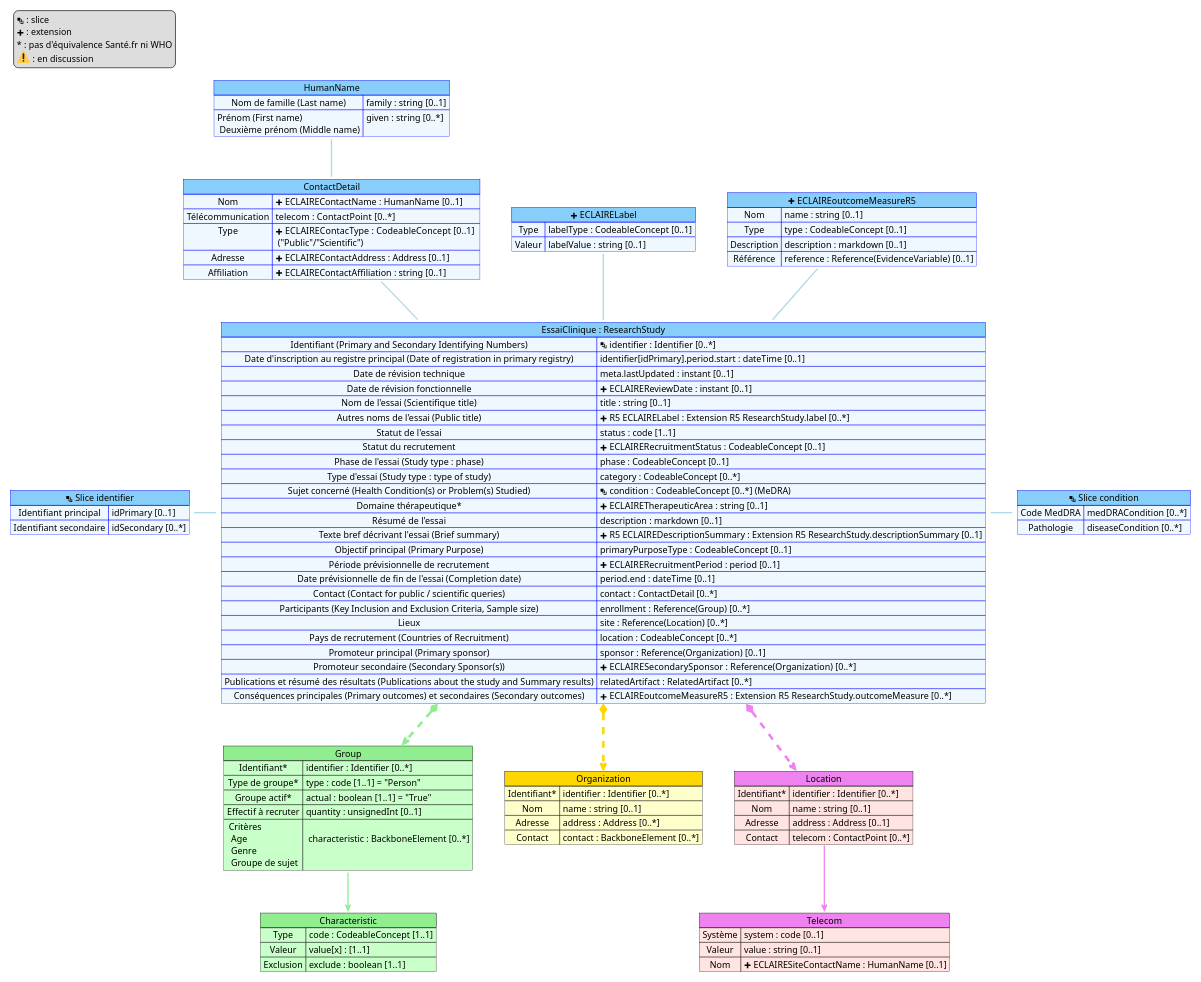
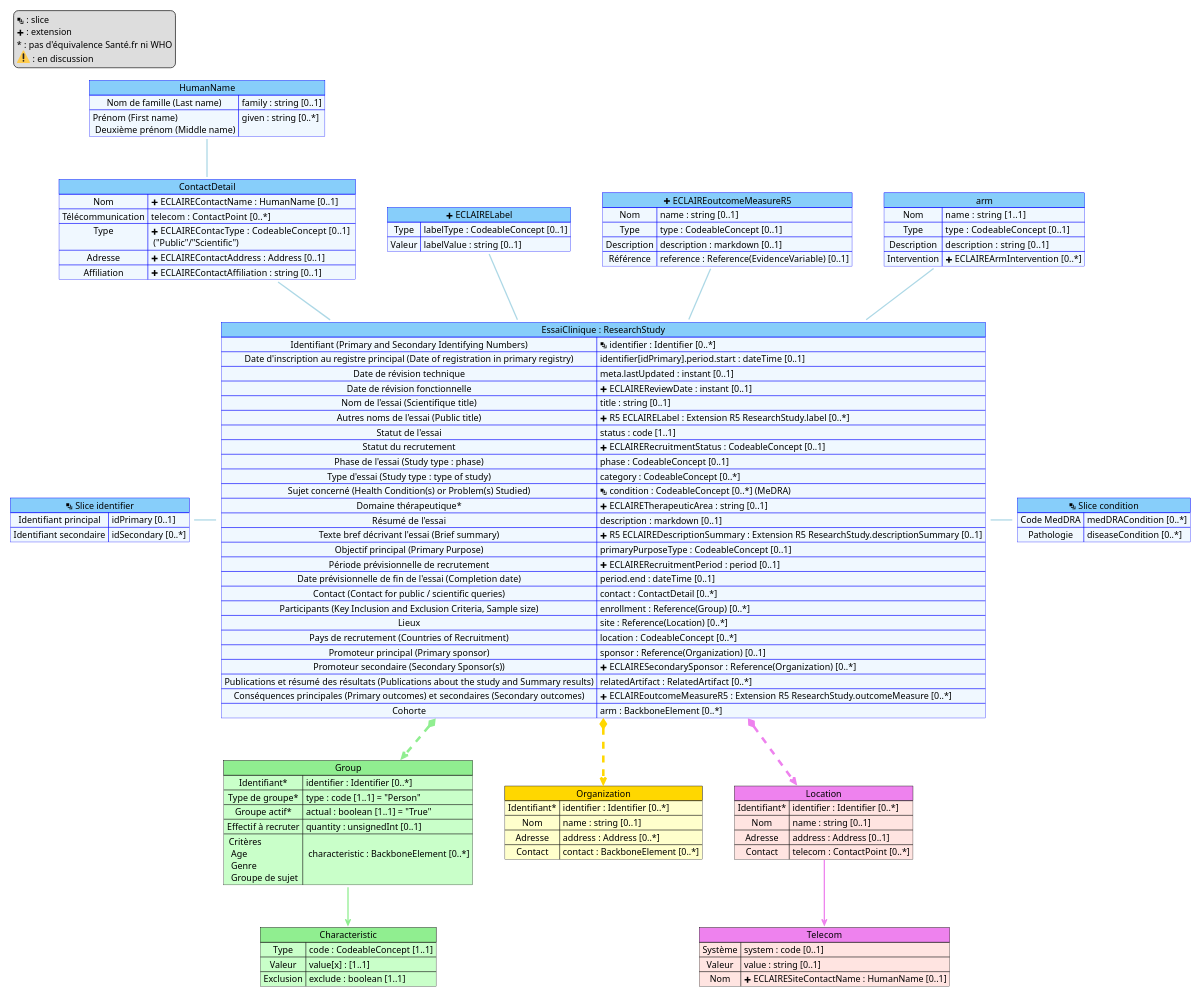
The diagram in input/images-source/mapping.plantuml (ansforge/essais-cliniques), drawn with PlantUML before and after one commit. The commit also changed 2 other files, not shown here.

Commit message:
add extension ECLAIREArmIntervention (#127)
* add extension ECLAIREArmIntervention

* Maj mapping intervention

---------

```diff
--- a/input/images-source/mapping.plantuml
+++ b/input/images-source/mapping.plantuml
@@ -1,128 +1,137 @@
 @startuml mapping
 
 scale 1200 width
 
 map "ContactDetail" as Contact #back:AliceBlue;header:LightSkyBlue;line:blue {
     Nom => name :  string [0..1] 
     Télécommunication => telecom :  ContactPoint [0..*]  
     Type => <&plus> ECLAIREContacType :  CodeableConcept [0..1] \n ("Public"/"Scientific")
     Adresse => <&plus> ECLAIREContactAddress : Address [0..1]
     Affiliation => <&plus> ECLAIREContactAffiliation : string [0..1]
     Nom => <&plus> ECLAIREContactName : HumanName [0..1]
 }
 
 map "HumanName" as slice_name #back:AliceBlue;header:LightSkyBlue;line:blue {
     Nom de famille (Last name) => family : string [0..1]
     Prénom (First name) \n Deuxième prénom (Middle name) => given : string [0..*]
 }
 
 map "<&layers> Slice identifier" as slice_identifier #back:AliceBlue;header:LightSkyBlue;line:blue {
     Identifiant principal => idPrimary [0..1]
     Identifiant secondaire => idSecondary [0..*]
 }
 
 map "<&layers> Slice condition" as slice_condition #back:AliceBlue;header:LightSkyBlue;line:blue {
     Code MedDRA => medDRACondition [0..*]
     Pathologie => diseaseCondition [0..*]
 }
 
 map "<&plus> ECLAIRELabel" as label #back:AliceBlue;header:LightSkyBlue;line:blue {
     Type => labelType : CodeableConcept [0..1]
     Valeur => labelValue : string [0..1]
 }
 
 map "Group" as Group #back:TECHNOLOGY;header:LightGreen {
     Identifiant* => identifier : Identifier [0..*] 
     Type de groupe* => type : code [1..1] = "Person" 
     Groupe actif* => actual : boolean [1..1] = "True"
     Effectif à recruter => quantity : unsignedInt [0..1] 
     Critères \n Age \n Genre \n Groupe de sujet => \n characteristic : BackboneElement [0..*] 
 }
 
 map "Characteristic" as Characteristic #back:TECHNOLOGY;header:LightGreen {
     Type  => code : CodeableConcept [1..1] 
     Valeur => value[x] : [1..1] 
     Exclusion => exclude : boolean [1..1] 
 }
 
 map "Organization" as Organization #back:BUSINESS;header:Gold {
     Identifiant* => identifier : Identifier [0..*] 
     Nom => name : string [0..1] 
     Adresse => address : Address [0..*] 
     Contact => contact : BackboneElement [0..*] 
 }
 
 map "Location" as Location #back:MistyRose;header:Violet {
     Identifiant* => identifier : Identifier [0..*] 
     Nom => name : string [0..1] 
     Adresse => address : Address [0..1] 
     Contact => telecom : ContactPoint [0..*]
 }
 
 map "Telecom" as Telecom #back:MistyRose;header:Violet {
     Système  => system : code [0..1] 
     Valeur => value : string [0..1] 
     Nom => <&plus> ECLAIRESiteContactName : HumanName [0..1] 
 }
 
 map "<&plus> ECLAIREoutcomeMeasureR5" as OM #back:AliceBlue;header:LightSkyBlue;line:blue {
     Nom => name : string [0..1] 
     Type => type : CodeableConcept [0..1] 
     Description => description : markdown [0..1]
     Référence => reference : Reference(EvidenceVariable) [0..1]
 }
 
+map arm #back:AliceBlue;header:LightSkyBlue;line:blue {
+    Nom => name :  string [1..1] 
+    Type => type :  CodeableConcept [0..1] 
+    Description => description :  string [0..1]
+    Intervention => <&plus> ECLAIREArmIntervention [0..*]
+}
+
 map "EssaiClinique : ResearchStudy" as RS #back:AliceBlue;header:LightSkyBlue;line:blue {
     Identifiant (Primary and Secondary Identifying Numbers) => <&layers> identifier : Identifier [0..*]
     Date d'inscription au registre principal (Date of registration in primary registry) => identifier[idPrimary].period.start : dateTime [0..1]  
     Date de révision technique => meta.lastUpdated : instant [0..1]  
     Date de révision fonctionnelle => <&plus> ECLAIREReviewDate : instant [0..1] 
     Nom de l'essai (Scientifique title) => title : string [0..1] 
     Autres noms de l'essai (Public title) => <&plus> R5 ECLAIRELabel : Extension R5 ResearchStudy.label [0..*] 
     Statut de l'essai => status : code [1..1]
     Statut du recrutement => <&plus> ECLAIRERecruitmentStatus : CodeableConcept [0..1]
     Phase de l'essai (Study type : phase) => phase : CodeableConcept [0..1] 
     Type d'essai (Study type : type of study) => category : CodeableConcept [0..*] 
     Sujet concerné (Health Condition(s) or Problem(s) Studied) => <&layers> condition : CodeableConcept [0..*] (MeDRA) 
     Domaine thérapeutique* => <&plus> ECLAIRETherapeuticArea : string [0..1] 
     Résumé de l'essai => description : markdown [0..1] 
     Texte bref décrivant l'essai (Brief summary) => <&plus> R5 ECLAIREDescriptionSummary : Extension R5 ResearchStudy.descriptionSummary [0..1]
     Objectif principal (Primary Purpose) => primaryPurposeType : CodeableConcept [0..1]
     Période prévisionnelle de recrutement => <&plus> ECLAIRERecruitmentPeriod : period [0..1]  
     Date prévisionnelle de fin de l'essai (Completion date) => period.end : dateTime [0..1]
     Contact (Contact for public / scientific queries) => contact : ContactDetail [0..*] 
     Participants (Key Inclusion and Exclusion Criteria, Sample size) => enrollment : Reference(Group) [0..*] 
     Lieux => site : Reference(Location) [0..*] 
     Pays de recrutement (Countries of Recruitment) => location : CodeableConcept [0..*]
     Promoteur principal (Primary sponsor) => sponsor : Reference(Organization) [0..1]  
     Promoteur secondaire (Secondary Sponsor(s)) => <&plus> ECLAIRESecondarySponsor  : Reference(Organization) [0..*]  
     Publications et résumé des résultats (Publications about the study and Summary results) => relatedArtifact : RelatedArtifact [0..*]
     Conséquences principales (Primary outcomes) et secondaires (Secondary outcomes)  => <&plus> ECLAIREoutcomeMeasureR5 : Extension R5 ResearchStudy.outcomeMeasure [0..*] 
+    Cohorte => arm : BackboneElement [0..*]
 }
 
 
 RS *-[#Violet,dashed,thickness=4]-> Location
 RS *-[#LightGreen,dashed,thickness=4]-> Group 
 RS *-[#Gold,dashed,thickness=4]-> Organization
 
 slice_identifier -[#lightBlue,thickness=2] RS
 RS -[#lightBlue,thickness=2] slice_condition
 Contact --[#lightBlue,thickness=2] RS
 label --[#lightBlue,thickness=2] RS
 slice_name --[#lightBlue,thickness=2] Contact
 OM --[#lightBlue,thickness=2] RS
+arm --[#lightBlue,thickness=2] RS
 
 Group -[hidden] Organization
 
 Group::Critères --[#LightGreen,thickness=2]> Characteristic
 Location::Contact --[#Violet,thickness=2]> Telecom
 
 
 legend top left
   <&layers> : slice
   <&plus> : extension
   ~* : pas d'équivalence Santé.fr ni WHO
   <:warning:> : en discussion
 endlegend
 
 @enduml
```
